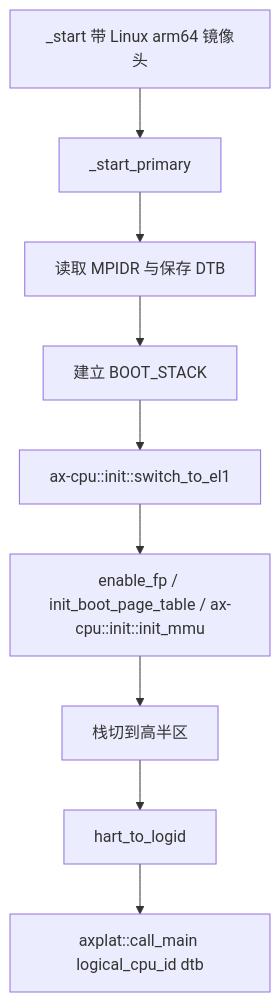
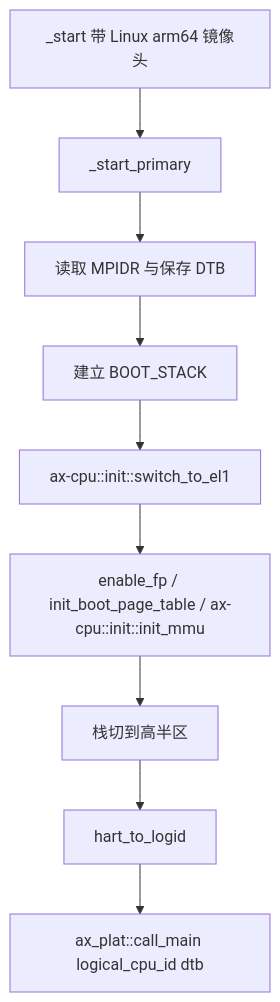
The first of 2 diagrams in docs/crates/ax-plat-aarch64-phytium-pi.md (zKurisu/tgoskits), drawn with Mermaid before and after one commit. The commit also changed other lines of this file and 199 other files, not shown here.

Commit message:
rename axplat to ax-plat

````diff
--- a/docs/crates/ax-plat-aarch64-phytium-pi.md
+++ b/docs/crates/ax-plat-aarch64-phytium-pi.md
@@ -44,11 +44,11 @@
 ```mermaid
 flowchart TD
     A[_start 带 Linux arm64 镜像头] --> B[_start_primary]
     B --> C[读取 MPIDR 与保存 DTB]
     C --> D[建立 BOOT_STACK]
     D --> E[ax-cpu::init::switch_to_el1]
     E --> F[enable_fp / init_boot_page_table / ax-cpu::init::init_mmu]
     F --> G[栈切到高半区]
     G --> H[hart_to_logid]
-    H --> I[axplat::call_main logical_cpu_id dtb]
+    H --> I[ax_plat::call_main logical_cpu_id dtb]
 ```
````
